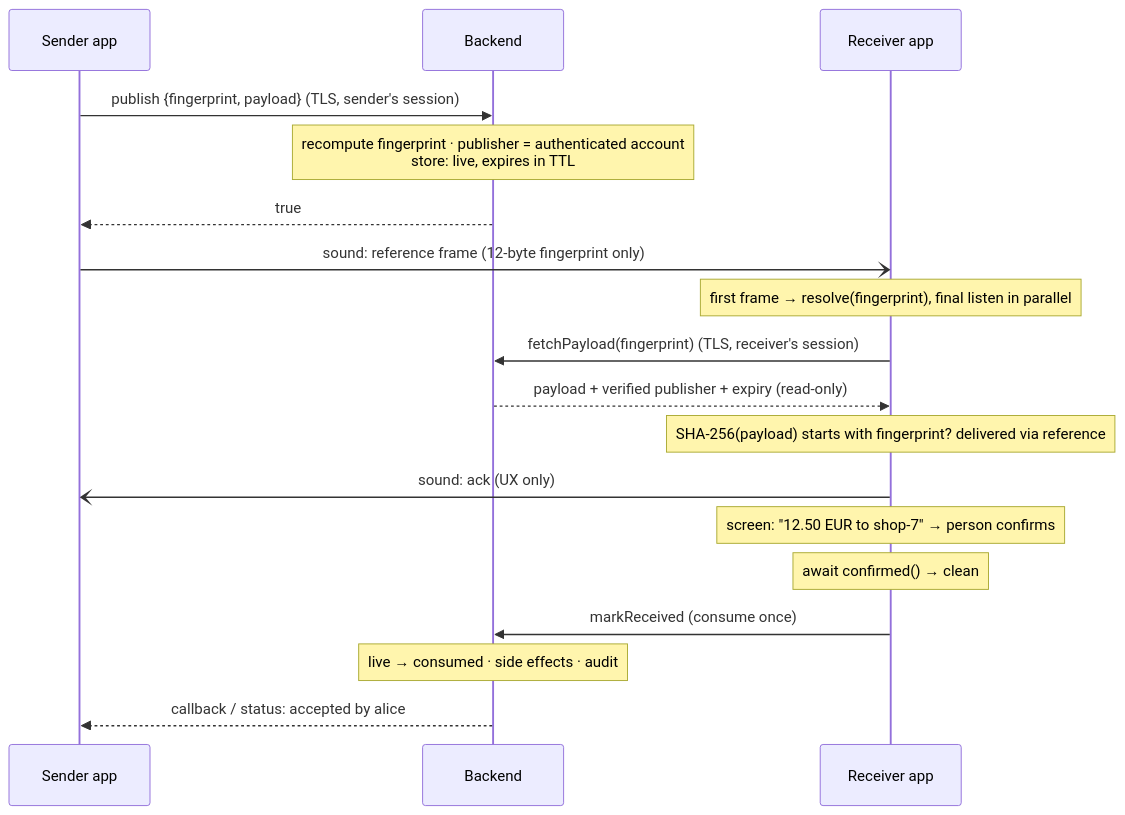
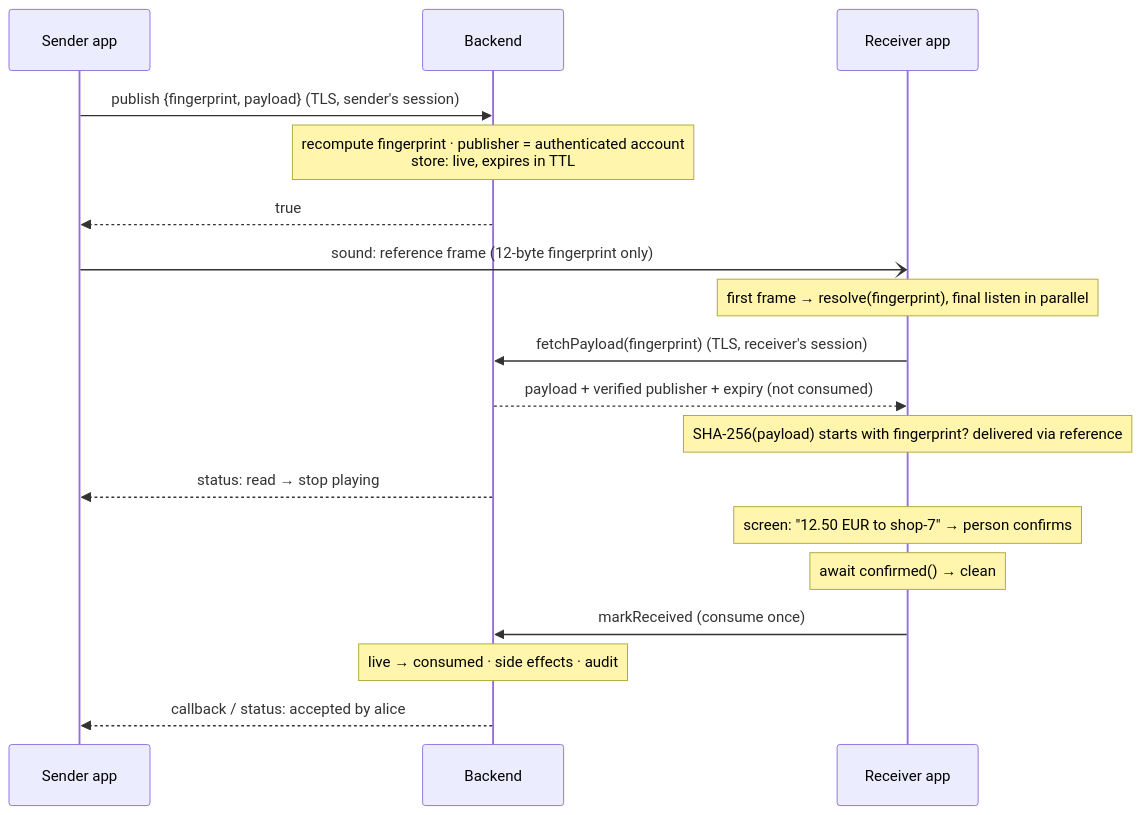
Before and after one commit to beaglecoder/bysound: the first of 2 diagrams in docs/SECURITY.md, drawn with Mermaid. The commit also changed other lines of this file and 8 other files, not shown here.

First line of the commit message:
Backend: confirmation comes from the server, not an ack by sound

````diff
--- a/docs/SECURITY.md
+++ b/docs/SECURITY.md
@@ -84,20 +84,20 @@
 ```mermaid
 sequenceDiagram
   participant SA as Sender app
   participant B as Backend
   participant RA as Receiver app
   SA->>B: publish {fingerprint, payload} (TLS, sender's session)
   Note over B: recompute fingerprint · publisher = authenticated account<br/>store: live, expires in TTL
   B-->>SA: true
   SA-)RA: sound: reference frame (12-byte fingerprint only)
   Note over RA: first frame → resolve(fingerprint), final listen in parallel
   RA->>B: fetchPayload(fingerprint) (TLS, receiver's session)
-  B-->>RA: payload + verified publisher + expiry (read-only)
+  B-->>RA: payload + verified publisher + expiry (not consumed)
   Note over RA: SHA-256(payload) starts with fingerprint? delivered via reference
-  RA-)SA: sound: ack (UX only)
+  B-->>SA: status: read → stop playing
   Note over RA: screen: "12.50 EUR to shop-7" → person confirms
   Note over RA: await confirmed() → clean
   RA->>B: markReceived (consume once)
   Note over B: live → consumed · side effects · audit
   B-->>SA: callback / status: accepted by alice
 ```
````
